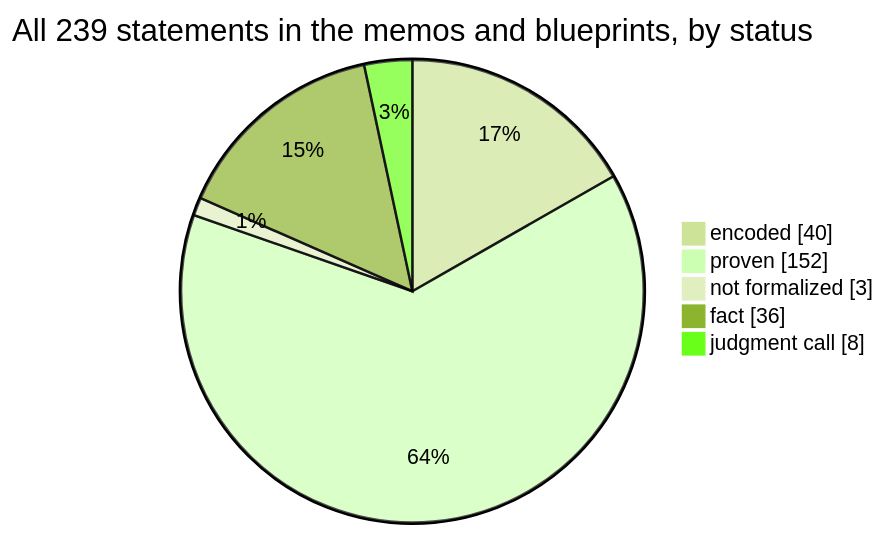
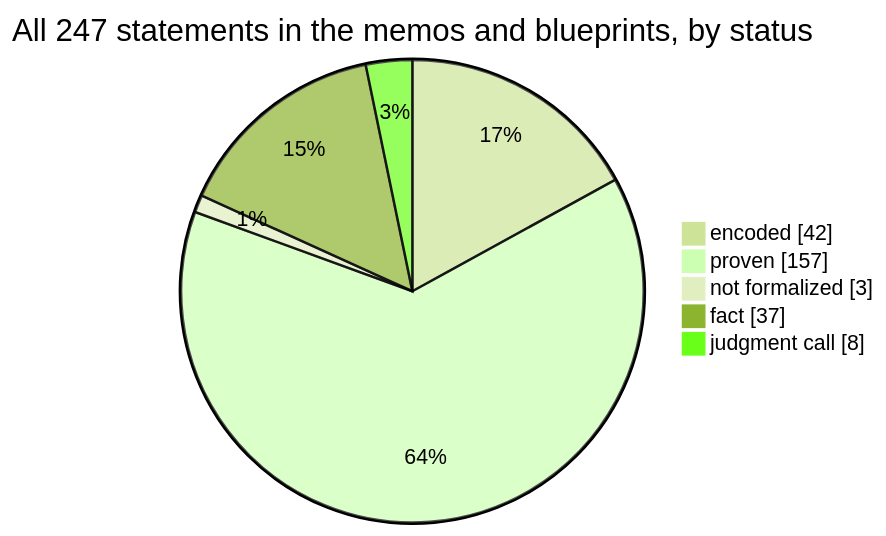
Before and after one commit to SeanWMurray/Canteen: the first of 4 diagrams in docs/graphs/dashboard.md, drawn with Mermaid (forest theme). The commit also changed 9 other files, not shown here.

````diff
--- a/docs/graphs/dashboard.md
+++ b/docs/graphs/dashboard.md
@@ -11,8 +11,8 @@
 ```mermaid
-pie showData title All 239 statements in the memos and blueprints, by status
-    "encoded" : 40
-    "proven" : 152
+pie showData title All 247 statements in the memos and blueprints, by status
+    "encoded" : 42
+    "proven" : 157
     "not formalized" : 3
-    "fact" : 36
+    "fact" : 37
     "judgment call" : 8
 ```
````
